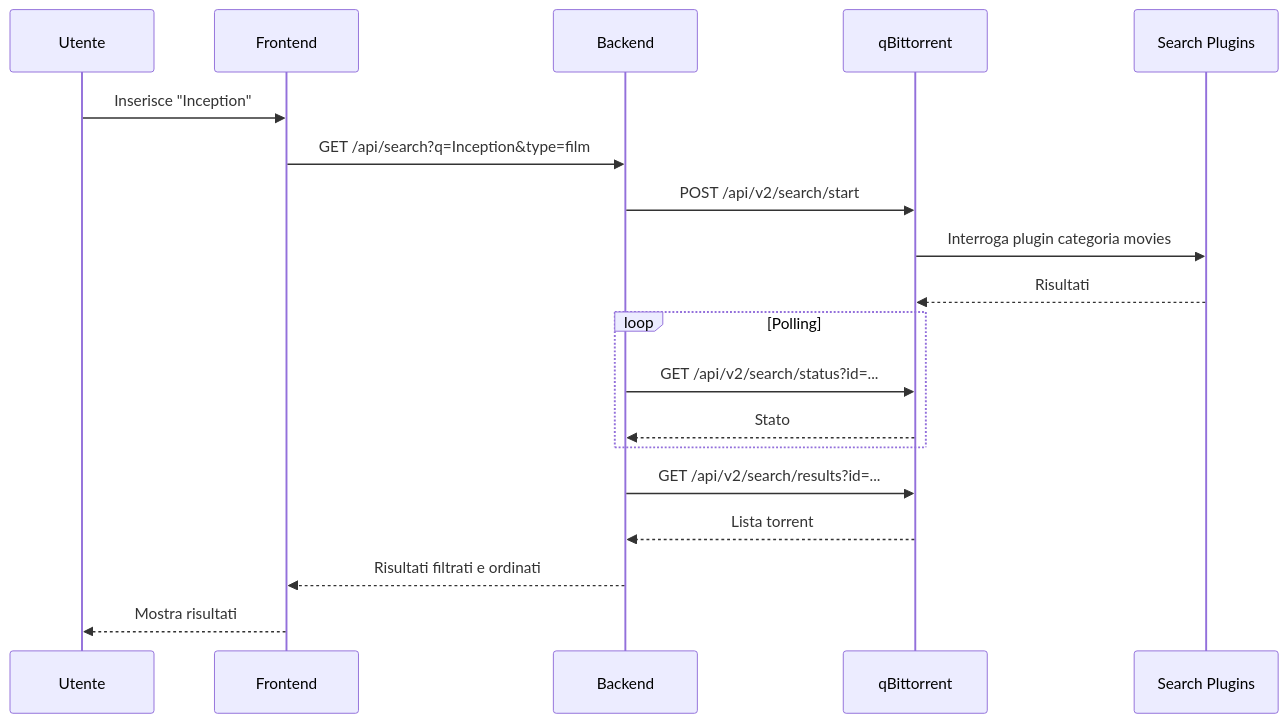
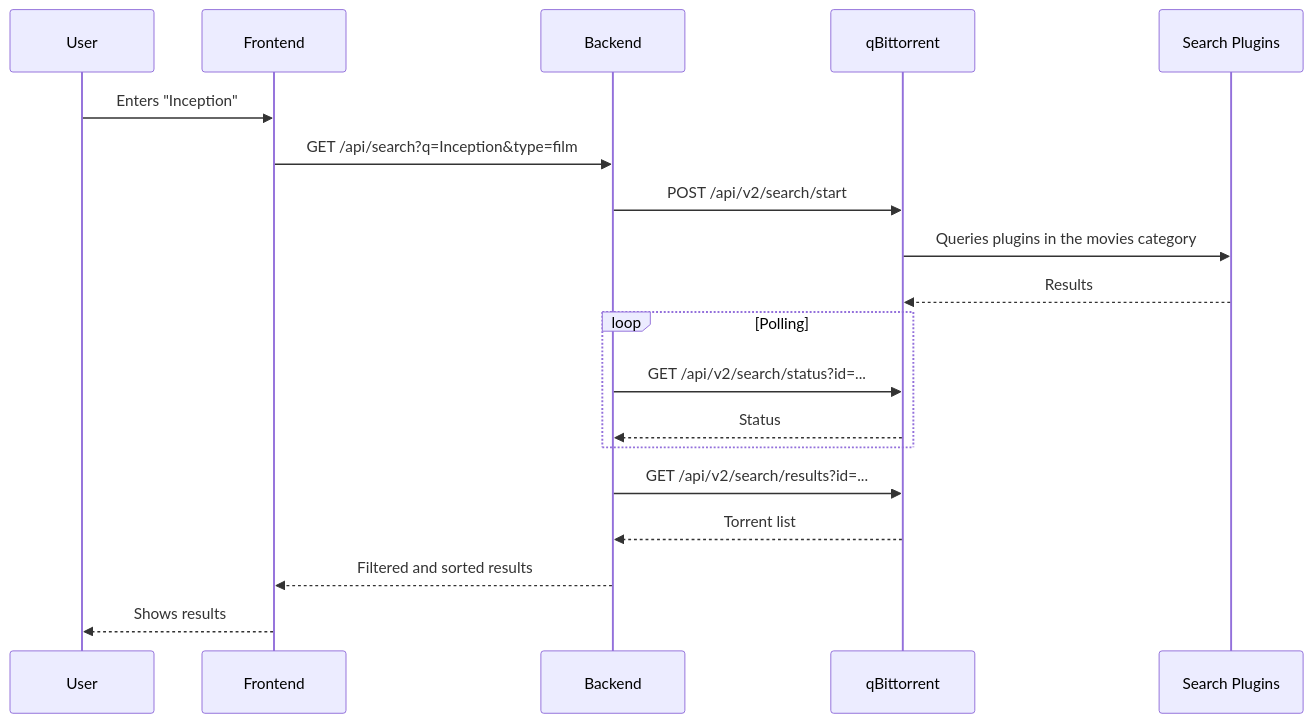
The second of 4 diagrams in qbit-wrapper.md (Emanuele94/flatflix), drawn with Mermaid before and after one commit. The commit also changed other lines of this file and 1 other file, not shown here.

````diff
--- a/qbit-wrapper.md
+++ b/qbit-wrapper.md
@@ -96,22 +96,22 @@
 ```mermaid
 sequenceDiagram
-    participant U as Utente
+    participant U as User
     participant FE as Frontend
     participant BE as Backend
     participant QB as qBittorrent
     participant SP as Search Plugins
 
-    U->>FE: Inserisce "Inception"
+    U->>FE: Enters "Inception"
     FE->>BE: GET /api/search?q=Inception&type=film
     BE->>QB: POST /api/v2/search/start
-    QB->>SP: Interroga plugin categoria movies
-    SP-->>QB: Risultati
+    QB->>SP: Queries plugins in the movies category
+    SP-->>QB: Results
     loop Polling
         BE->>QB: GET /api/v2/search/status?id=...
-        QB-->>BE: Stato
+        QB-->>BE: Status
     end
     BE->>QB: GET /api/v2/search/results?id=...
-    QB-->>BE: Lista torrent
-    BE-->>FE: Risultati filtrati e ordinati
-    FE-->>U: Mostra risultati
+    QB-->>BE: Torrent list
+    BE-->>FE: Filtered and sorted results
+    FE-->>U: Shows results
 ```
````
